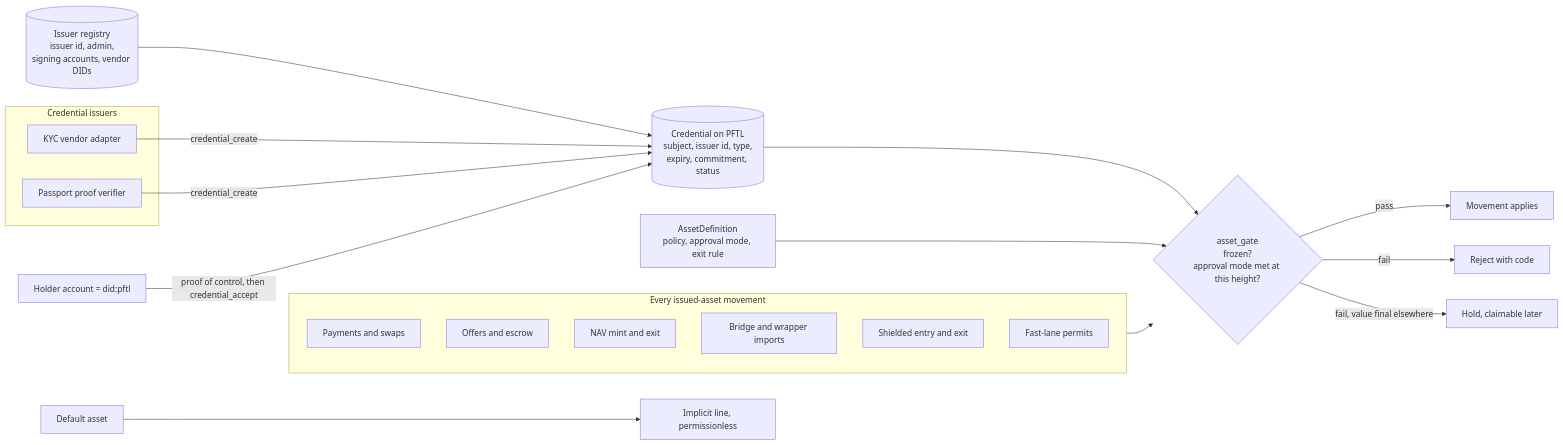
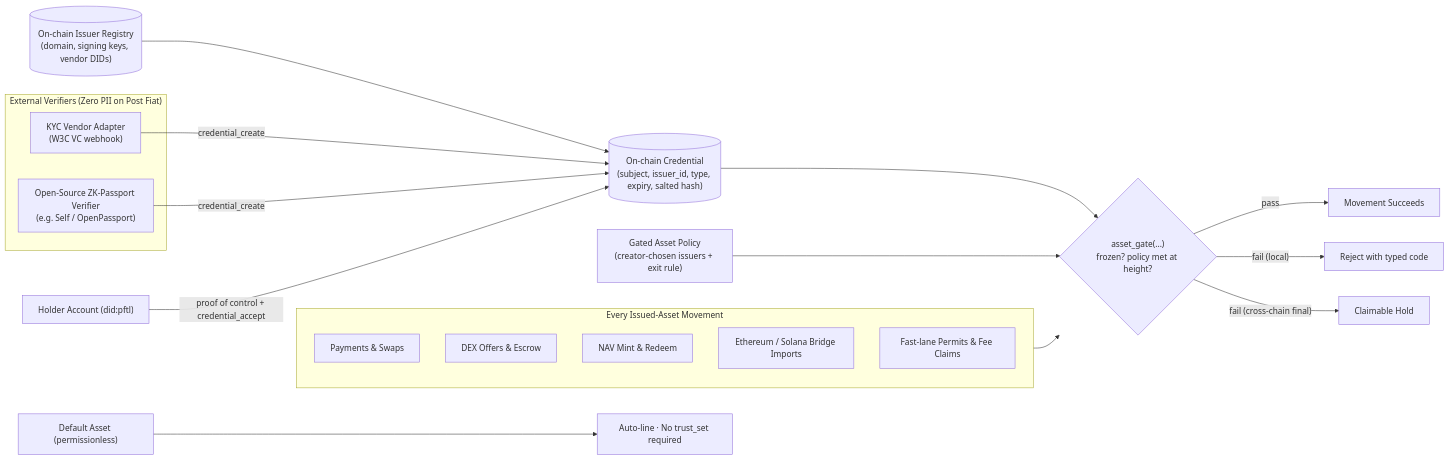
The diagram in big_milestone/pillars/08-onchain-identity.md (postfiatorg/postfiatl1v2), drawn with Mermaid before and after one commit. The commit also changed other lines of this file and 45 other files, not shown here.

````diff
--- a/big_milestone/pillars/08-onchain-identity.md
+++ b/big_milestone/pillars/08-onchain-identity.md
@@ -65,27 +21,26 @@
 ```mermaid
 flowchart LR
-    subgraph Issuers["Credential issuers"]
-      KV["KYC vendor adapter"]
-      PV["Passport proof verifier"]
+    subgraph Issuers["External Verifiers (Zero PII on Post Fiat)"]
+      KV["KYC Vendor Adapter<br/>(W3C VC webhook)"]
+      PV["Open-Source ZK-Passport Verifier<br/>(e.g. Self / OpenPassport)"]
     end
-    REG[("Issuer registry<br/>issuer id, admin,<br/>signing accounts, vendor DIDs")]
-    REG --> CR[("Credential on PFTL<br/>subject, issuer id, type,<br/>expiry, commitment, status")]
+    REG[("On-chain Issuer Registry<br/>(domain, signing keys, vendor DIDs)")]
+    REG --> CR[("On-chain Credential<br/>(subject, issuer_id, type, expiry, salted hash)")]
     KV -- "credential_create" --> CR
     PV -- "credential_create" --> CR
-    H["Holder account = did:pftl"] -- "proof of control, then credential_accept" --> CR
-    subgraph Paths["Every issued-asset movement"]
-      P1["Payments and swaps"]
-      P2["Offers and escrow"]
-      P3["NAV mint and exit"]
-      P4["Bridge and wrapper imports"]
-      P5["Shielded entry and exit"]
-      P6["Fast-lane permits"]
+    H["Holder Account (did:pftl)"] -- "proof of control + credential_accept" --> CR
+    subgraph Paths["Every Issued-Asset Movement"]
+      P1["Payments & Swaps"]
+      P2["DEX Offers & Escrow"]
+      P3["NAV Mint & Redeem"]
+      P4["Ethereum / Solana Bridge Imports"]
+      P5["Fast-lane Permits & Fee Claims"]
     end
-    Paths --> G{"asset_gate<br/>frozen?<br/>approval mode met at this height?"}
+    Paths --> G{"asset_gate(...)<br/>frozen? policy met at height?"}
     CR --> G
-    A["AssetDefinition<br/>policy, approval mode, exit rule"] --> G
-    G -- "pass" --> OK["Movement applies"]
-    G -- "fail" --> NO["Reject with code"]
-    G -- "fail, value final elsewhere" --> HOLD["Hold, claimable later"]
-    D["Default asset"] --> AUTO["Implicit line, permissionless"]
+    A["Gated Asset Policy<br/>(creator-chosen issuers + exit rule)"] --> G
+    G -- "pass" --> OK["Movement Succeeds"]
+    G -- "fail (local)" --> NO["Reject with typed code"]
+    G -- "fail (cross-chain final)" --> HOLD["Claimable Hold"]
+    D["Default Asset (permissionless)"] --> AUTO["Auto-line · No trust_set required"]
 ```
````
